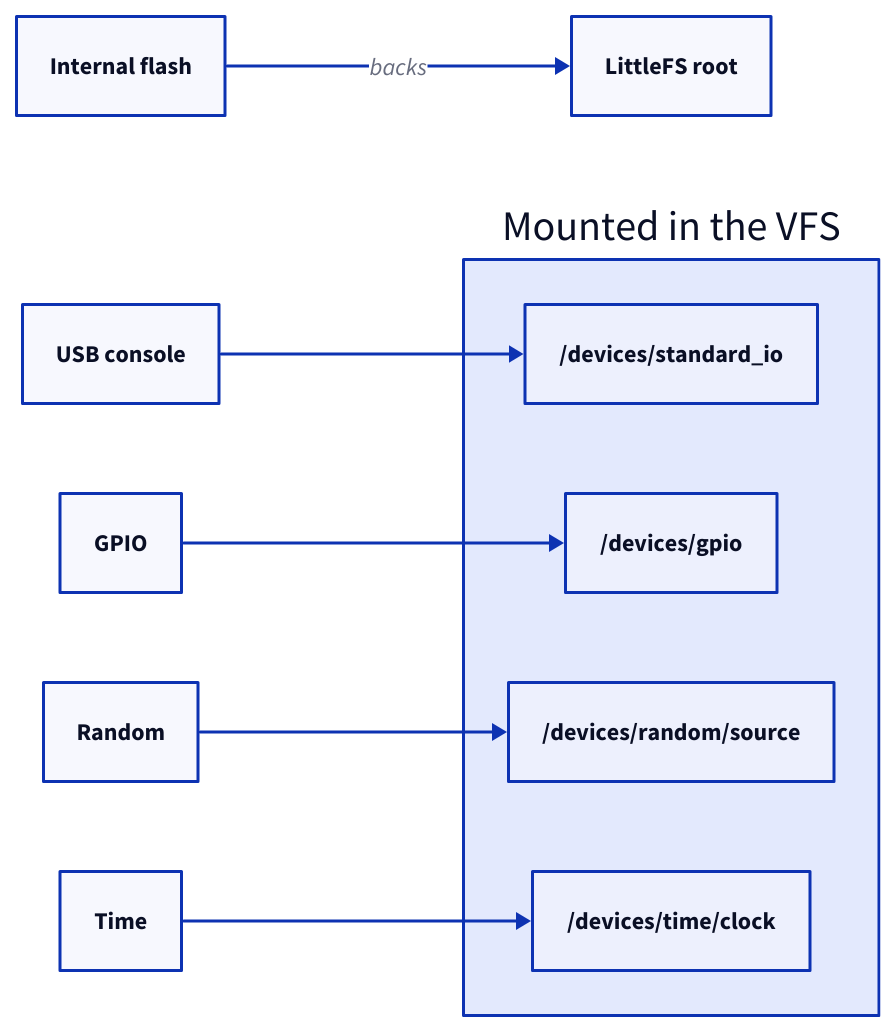
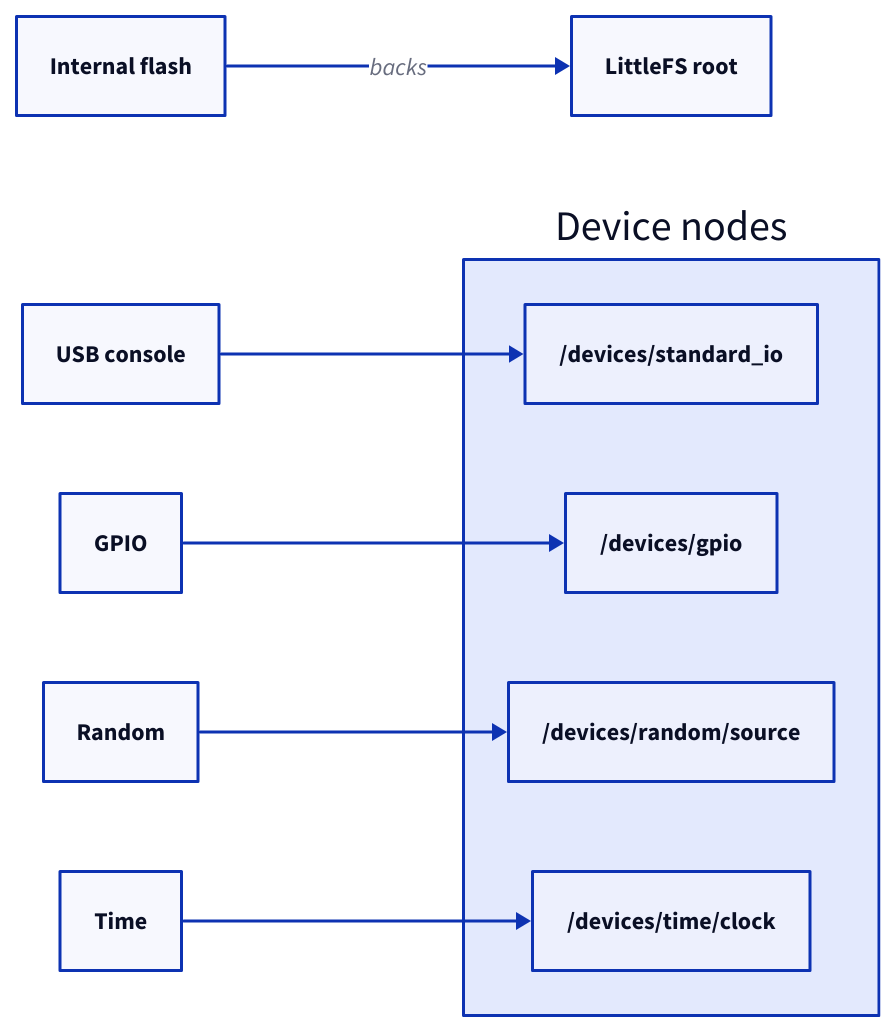
Before and after one commit to xila-project/website: the diagram in src/content/docs/explanation/architecture/drivers/nordic.mdx, drawn with D2. The commit also changed 7 other files, not shown here.

First line of the commit message:
docs(diagrams): fix the subsystem diagrams after review

````diff
--- a/src/content/docs/explanation/architecture/drivers/nordic.mdx
+++ b/src/content/docs/explanation/architecture/drivers/nordic.mdx
@@ -21,25 +21,25 @@
 ```d2 title="Nordic drivers and their mount points in the virtual file system"
 direction: right
 
 internal_flash: "Internal flash" { class: hardware }
 usb_console: "USB console" { class: hardware }
 gpio: "GPIO" { class: hardware }
 random: "Random" { class: hardware }
 clock: "Time" { class: hardware }
 
 root: "LittleFS root" { class: stored }
 
-devices: "Mounted in the VFS" {
+devices: "Device nodes" {
   class: layer
   standard_io: "/devices/standard_io" { class: component }
   gpio_pins: "/devices/gpio" { class: component }
   random_source: "/devices/random/source" { class: component }
   time_clock: "/devices/time/clock" { class: component }
 }
 
 internal_flash -> root: "backs"
 usb_console -> devices.standard_io
 gpio -> devices.gpio_pins
 random -> devices.random_source
 clock -> devices.time_clock
 ```
````
